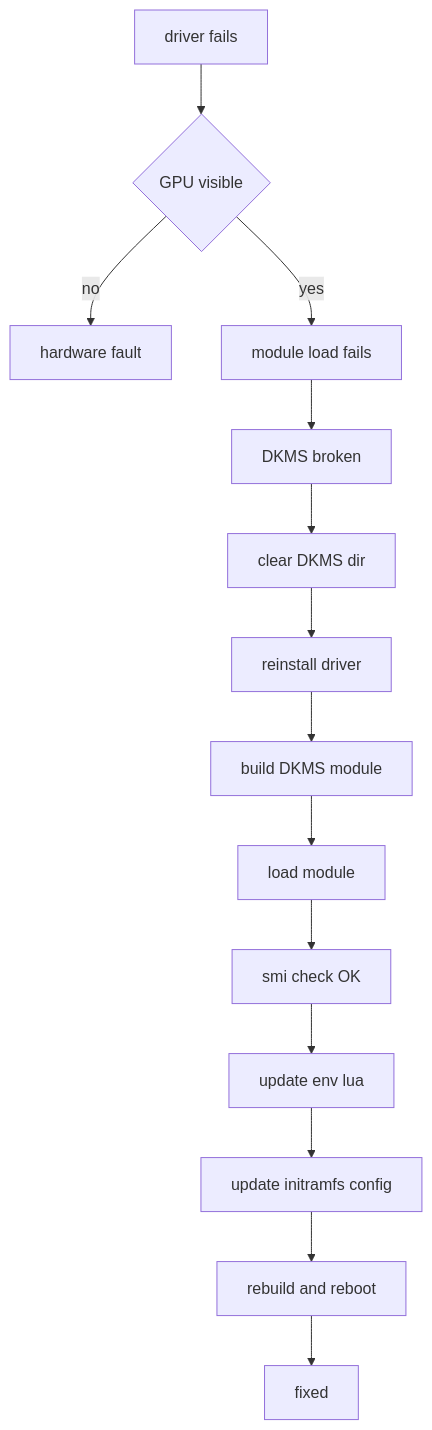
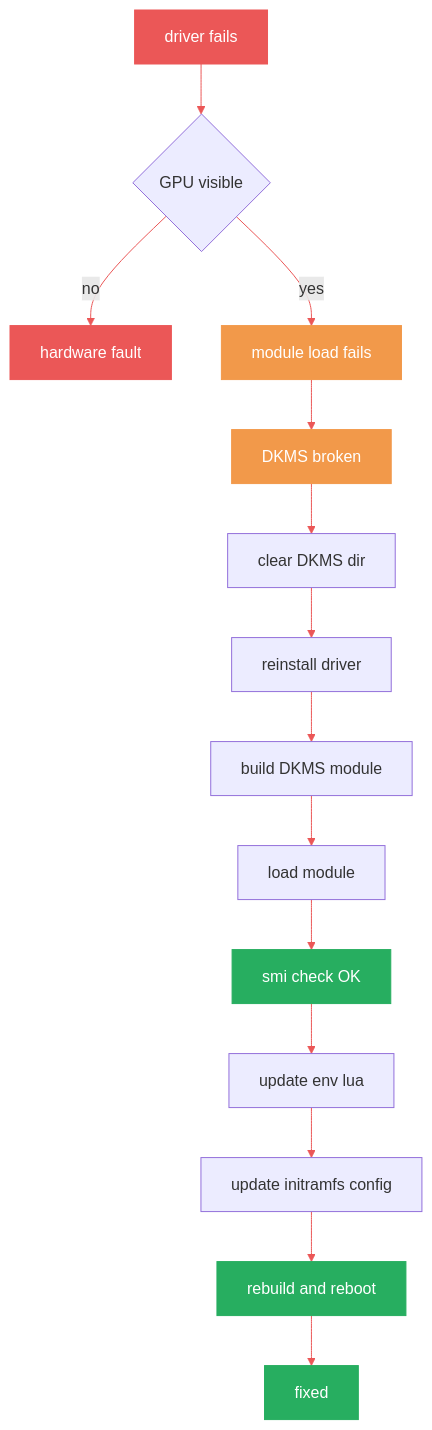
The second of 11 diagrams in Graphs/System-Diagrams.md (444Nazky/My-Vault), drawn with Mermaid before and after one commit. The commit also changed other lines of this file and 15 other files, not shown here.

````diff
--- a/Graphs/System-Diagrams.md
+++ b/Graphs/System-Diagrams.md
@@ -24,16 +32,24 @@
 ```mermaid
+%%{init: {'theme': 'default', 'themeVariables': { 'primaryColor': '#EB5757', 'lineColor': '#EB5757'}}}%%
 flowchart TD
  A["driver fails"] --> B{"GPU visible"}
  B -->|"no"| Z["hardware fault"]
  B -->|"yes"| C["module load fails"]
  C --> D["DKMS broken"]
  D --> E["clear DKMS dir"]
  E --> F["reinstall driver"]
  F --> G["build DKMS module"]
  G --> H["load module"]
  H --> I["smi check OK"]
  I --> J["update env lua"]
  J --> K["update initramfs config"]
  K --> L["rebuild and reboot"]
  L --> M["fixed"]
+ style A fill:#EB5757,stroke:#EB5757,color:#fff
+ style Z fill:#EB5757,stroke:#EB5757,color:#fff
+ style C fill:#F2994A,stroke:#F2994A,color:#fff
+ style D fill:#F2994A,stroke:#F2994A,color:#fff
+ style M fill:#27AE60,stroke:#27AE60,color:#fff
+ style I fill:#27AE60,stroke:#27AE60,color:#fff
+ style L fill:#27AE60,stroke:#27AE60,color:#fff
 ```
````
